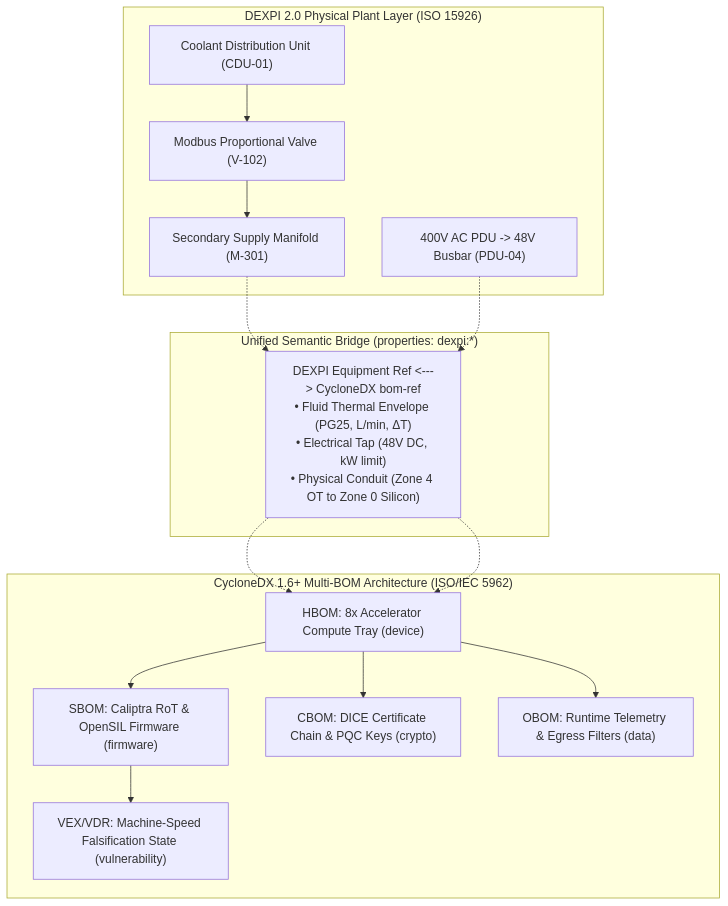
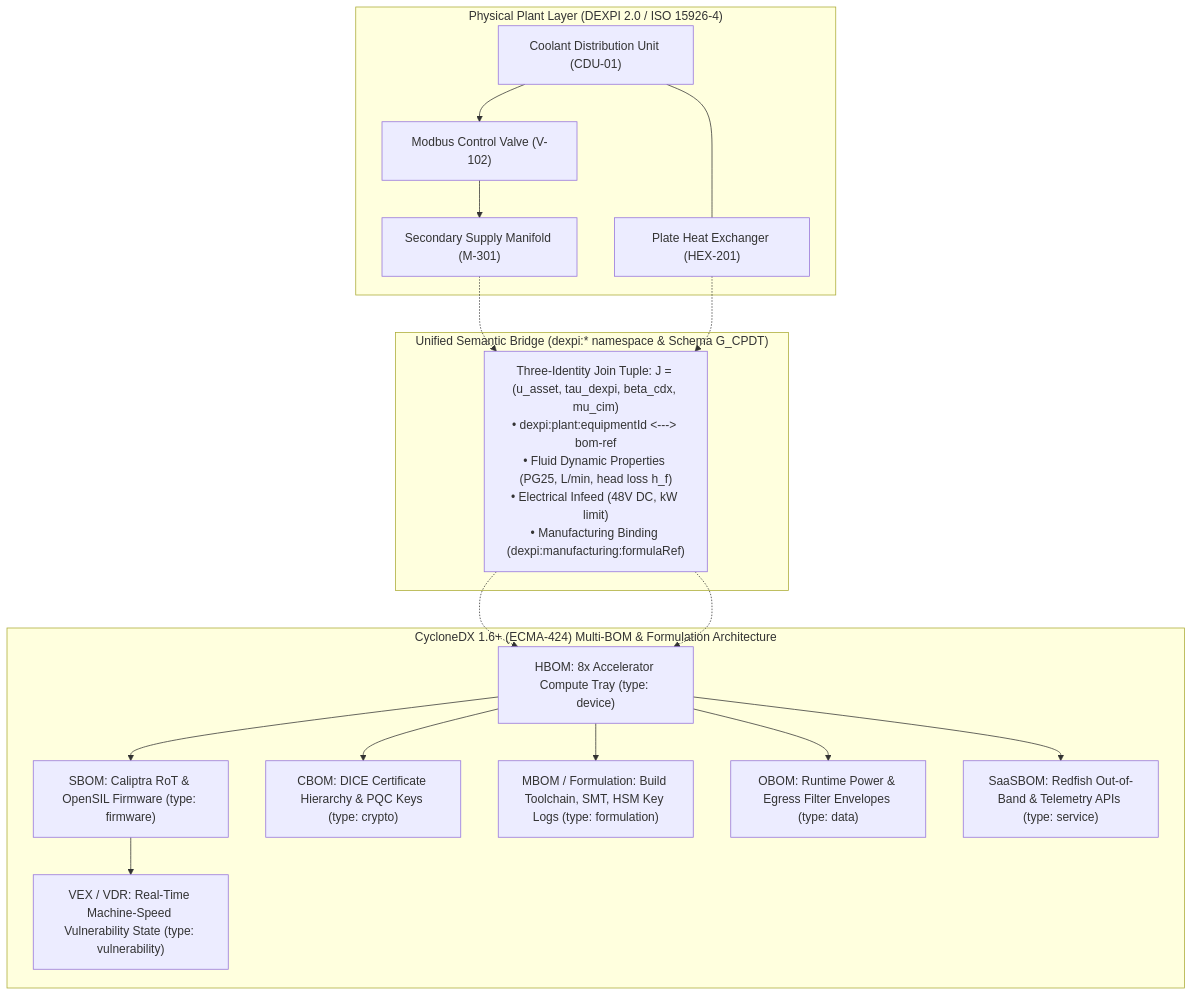
Before and after one commit to Planet9V/eigenia: the diagram in papers-pre-publish/DEXPI and CycloneDX/Unified-DEXPI-CycloneDX-Specification.md, drawn with Mermaid. The commit also changed other lines of this file and 12 other files, not shown here.

First line of the commit message:
feat(WG-05-CAD): publish Unified DEXPI 2.0 and CycloneDX 1.6+ specification with MBOM formulation

````diff
--- a/papers-pre-publish/DEXPI and CycloneDX/Unified-DEXPI-CycloneDX-Specification.md
+++ b/papers-pre-publish/DEXPI and CycloneDX/Unified-DEXPI-CycloneDX-Specification.md
@@ -19,29 +75,44 @@
 ```mermaid
 graph TD
-    subgraph Physical_Plant ["DEXPI 2.0 Physical Plant Layer (ISO 15926)"]
+    accTitle: Unified DEXPI 2.0 and CycloneDX 1.6+ Semantic Bridge Architecture
+    accDescr {
+      The multigraph architecture coordinates the physical plant layer modeled in DEXPI 2.0
+      and ISO 15926-4 with the full-spectrum CycloneDX 1.6+ multi-BOM hierarchy. Physical
+      equipment such as CDUs, valves, and manifolds join to hardware compute trays, firmware
+      roots of trust, cryptographic keys, and manufacturing formulation recipes via the
+      standardized dexpi property namespace and RFC 9562 UUID bindings.
+    }
+
+    subgraph Physical_Plant ["Physical Plant Layer (DEXPI 2.0 / ISO 15926-4)"]
         CDU["Coolant Distribution Unit (CDU-01)"]
-        VALVE["Modbus Proportional Valve (V-102)"]
+        VALVE["Modbus Control Valve (V-102)"]
         MANIFOLD["Secondary Supply Manifold (M-301)"]
-        PDU["400V AC PDU -> 48V Busbar (PDU-04)"]
+        HEX["Plate Heat Exchanger (HEX-201)"]
         CDU --> VALVE --> MANIFOLD
+        CDU --- HEX
     end
 
-    subgraph Cyber_Bridge ["Unified Semantic Bridge (properties: dexpi:*)"]
-        BRIDGE["DEXPI Equipment Ref <---> CycloneDX bom-ref<br/>• Fluid Thermal Envelope (PG25, L/min, ΔT)<br/>• Electrical Tap (48V DC, kW limit)<br/>• Physical Conduit (Zone 4 OT to Zone 0 Silicon)"]
+    subgraph Semantic_Bridge ["Unified Semantic Bridge (dexpi:* namespace & Schema G_CPDT)"]
+        BRIDGE["Three-Identity Join Tuple: J = (u_asset, tau_dexpi, beta_cdx, mu_cim)<br/>• dexpi:plant:equipmentId <---> bom-ref<br/>• Fluid Dynamic Properties (PG25, L/min, head loss h_f)<br/>• Electrical Infeed (48V DC, kW limit)<br/>• Manufacturing Binding (dexpi:manufacturing:formulaRef)"]
     end
 
-    subgraph Cyber_BOM ["CycloneDX 1.6+ Multi-BOM Architecture (ISO/IEC 5962)"]
-        HBOM["HBOM: 8x Accelerator Compute Tray (device)"]
-        SBOM["SBOM: Caliptra RoT & OpenSIL Firmware (firmware)"]
-        CBOM["CBOM: DICE Certificate Chain & PQC Keys (crypto)"]
-        OBOM["OBOM: Runtime Telemetry & Egress Filters (data)"]
-        VEX["VEX/VDR: Machine-Speed Falsification State (vulnerability)"]
+    subgraph Multi_BOM ["CycloneDX 1.6+ (ECMA-424) Multi-BOM & Formulation Architecture"]
+        HBOM["HBOM: 8x Accelerator Compute Tray (type: device)"]
+        SBOM["SBOM: Caliptra RoT & OpenSIL Firmware (type: firmware)"]
+        CBOM["CBOM: DICE Certificate Hierarchy & PQC Keys (type: crypto)"]
+        MBOM["MBOM / Formulation: Build Toolchain, SMT, HSM Key Logs (type: formulation)"]
+        OBOM["OBOM: Runtime Power & Egress Filter Envelopes (type: data)"]
+        SaaSBOM["SaaSBOM: Redfish Out-of-Band & Telemetry APIs (type: service)"]
+        VEX["VEX / VDR: Real-Time Machine-Speed Vulnerability State (type: vulnerability)"]
+
         HBOM --> SBOM
         HBOM --> CBOM
+        HBOM --> MBOM
         HBOM --> OBOM
+        HBOM --> SaaSBOM
         SBOM --> VEX
     end
 
     MANIFOLD -.-> BRIDGE -.-> HBOM
-    PDU -.-> BRIDGE -.-> HBOM
+    HEX -.-> BRIDGE -.-> HBOM
 ```
````
